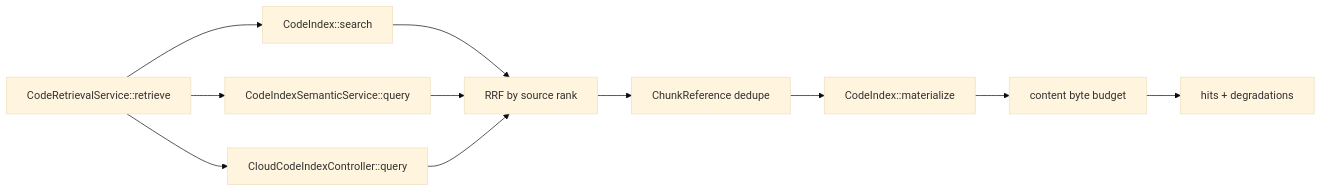
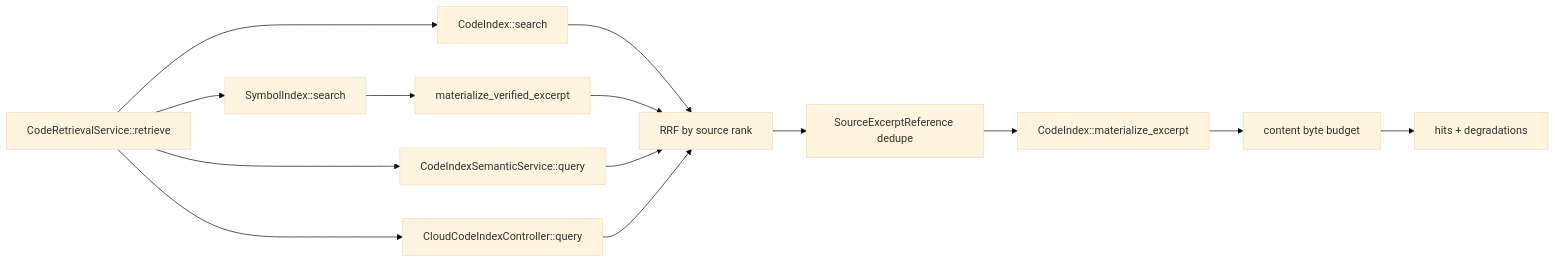
The diagram in zeta-rs/code-retrieval/README.md (chogng/zeta), drawn with Mermaid (base theme) before and after one commit. The commit also changed other lines of this file and 144 other files, not shown here.

````diff
--- a/zeta-rs/code-retrieval/README.md
+++ b/zeta-rs/code-retrieval/README.md
@@ -47,13 +48,16 @@
 ```mermaid
 flowchart LR
     Query["CodeRetrievalService::retrieve"] --> FTS["CodeIndex::search"]
+    Query --> Symbols["SymbolIndex::search"]
     Query --> Dense["CodeIndexSemanticService::query"]
     Query --> Remote["CloudCodeIndexController::query"]
     FTS --> Fuse["RRF by source rank"]
+    Symbols --> MaterializeSymbol["materialize_verified_excerpt"]
+    MaterializeSymbol --> Fuse
     Dense --> Fuse
     Remote --> Fuse
-    Fuse --> Dedup["ChunkReference dedupe"]
-    Dedup --> Verify["CodeIndex::materialize"]
+    Fuse --> Dedup["SourceExcerptReference dedupe"]
+    Dedup --> Verify["CodeIndex::materialize_excerpt"]
     Verify --> Budget["content byte budget"]
     Budget --> Result["hits + degradations"]
 ```
````
